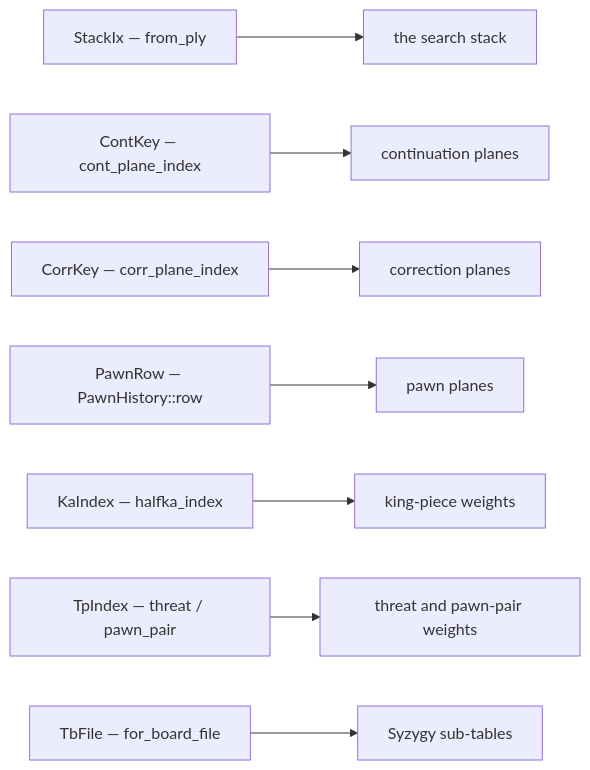
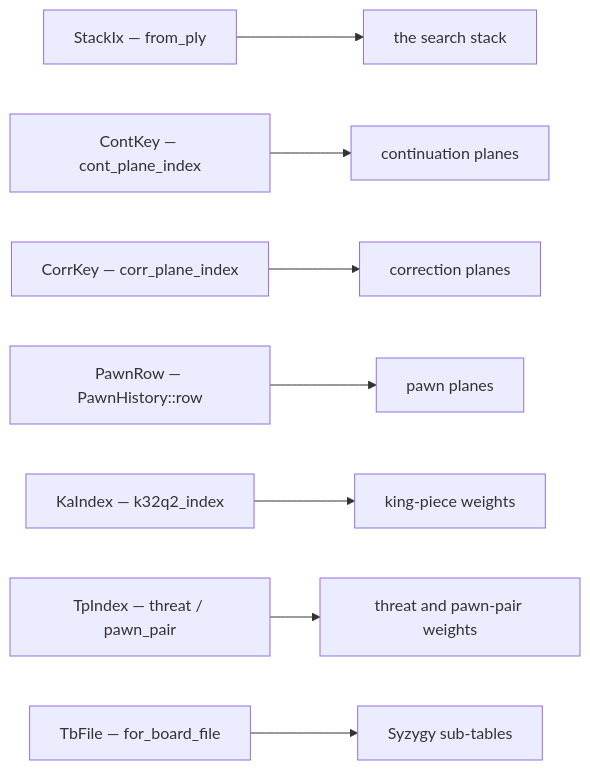
One commit to ppigazzini/rfish changed the fourth of 5 diagrams in docs/09-type-design.md. Above: the diagram before and after it, drawn with Mermaid. The commit also changed other lines of this file and 20 other files, not shown here.

````diff
--- a/docs/09-type-design.md
+++ b/docs/09-type-design.md
@@ -173,10 +173,10 @@
 ```mermaid
 graph LR
   StackIx["StackIx — from_ply"] --> A["the search stack"]
   ContKey["ContKey — cont_plane_index"] --> B["continuation planes"]
   CorrKey["CorrKey — corr_plane_index"] --> C["correction planes"]
   PawnRow["PawnRow — PawnHistory::row"] --> D["pawn planes"]
-  KaIndex["KaIndex — halfka_index"] --> E["king-piece weights"]
+  KaIndex["KaIndex — k32q2_index"] --> E["king-piece weights"]
   TpIndex["TpIndex — threat / pawn_pair"] --> F["threat and pawn-pair weights"]
   TbFile["TbFile — for_board_file"] --> G["Syzygy sub-tables"]
 ```
````
